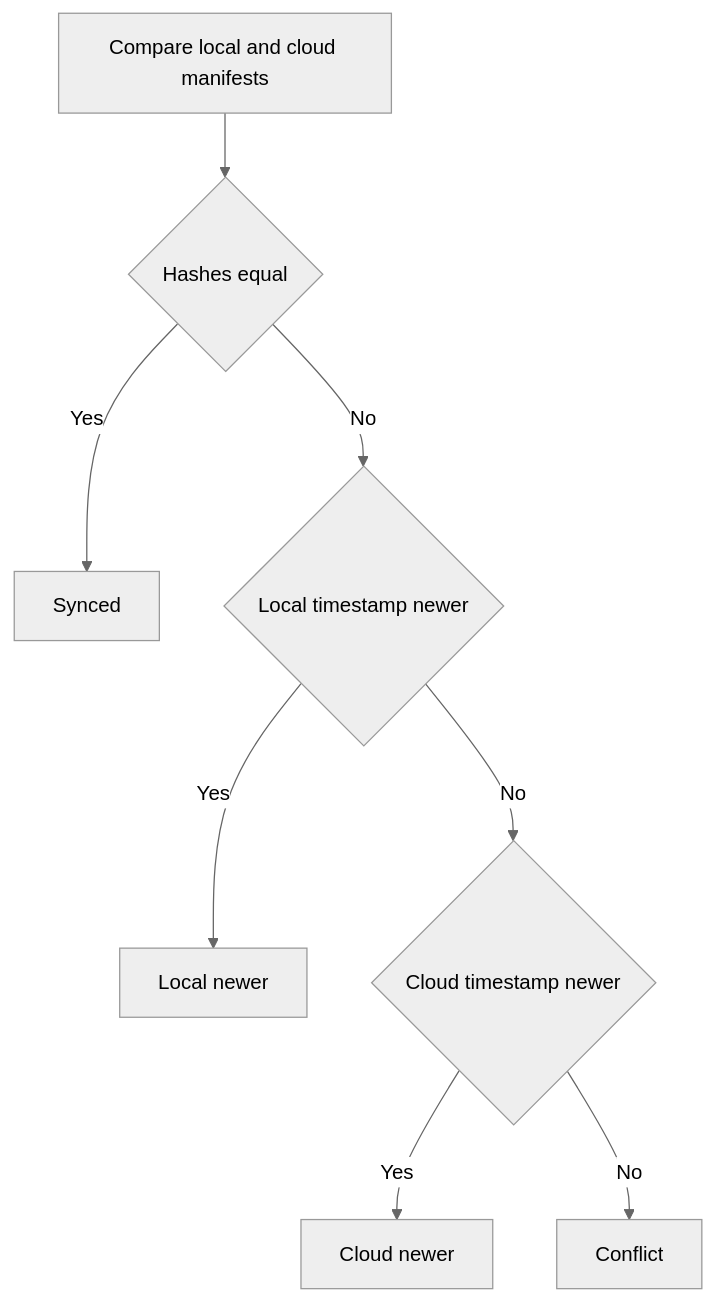
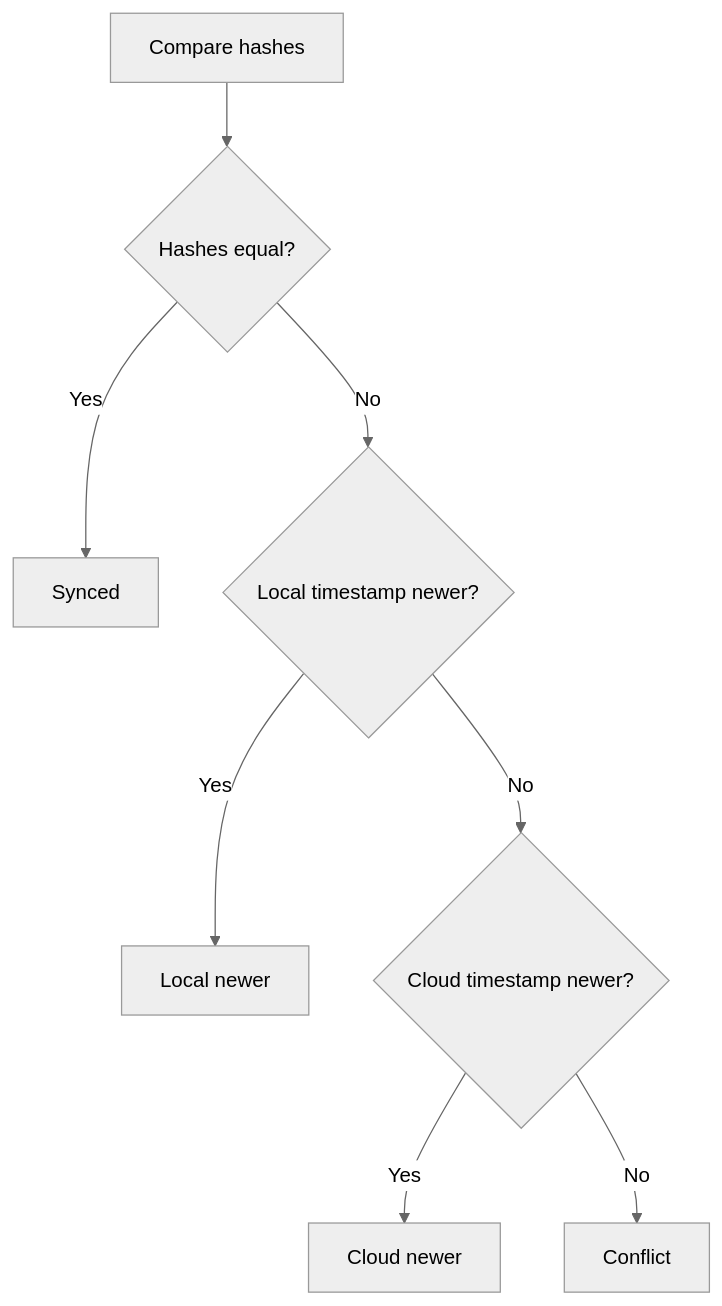
The second of 6 diagrams in docs/TECHNICAL.md (d1p/savesync), drawn with Mermaid (neutral theme) before and after one commit. The commit also changed other lines of this file and 9 other files, not shown here.

````diff
--- a/docs/TECHNICAL.md
+++ b/docs/TECHNICAL.md
@@ -162,10 +114,10 @@
 ```mermaid
 flowchart TD
-    A[Compare local and cloud manifests] --> B{Hashes equal}
+    A[Compare hashes] --> B{Hashes equal?}
     B -->|Yes| C[Synced]
-    B -->|No| D{Local timestamp newer}
+    B -->|No| D{Local timestamp newer?}
     D -->|Yes| E[Local newer]
-    D -->|No| F{Cloud timestamp newer}
+    D -->|No| F{Cloud timestamp newer?}
     F -->|Yes| G[Cloud newer]
     F -->|No| H[Conflict]
 ```
````
